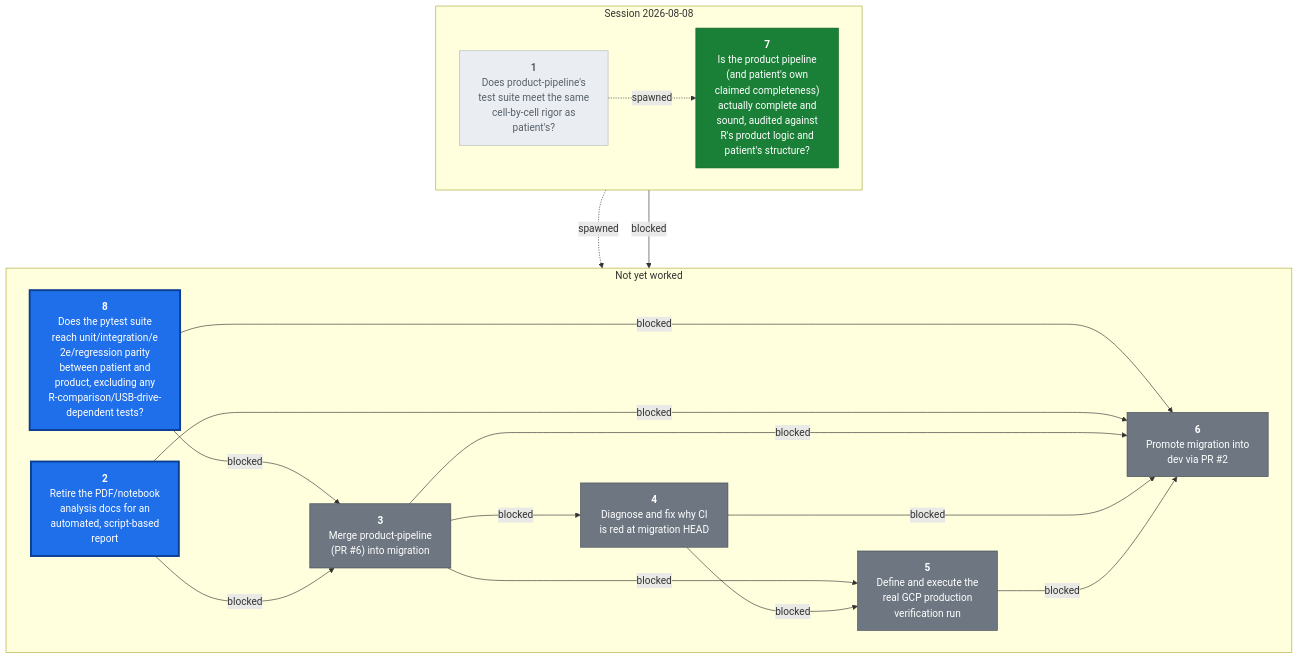
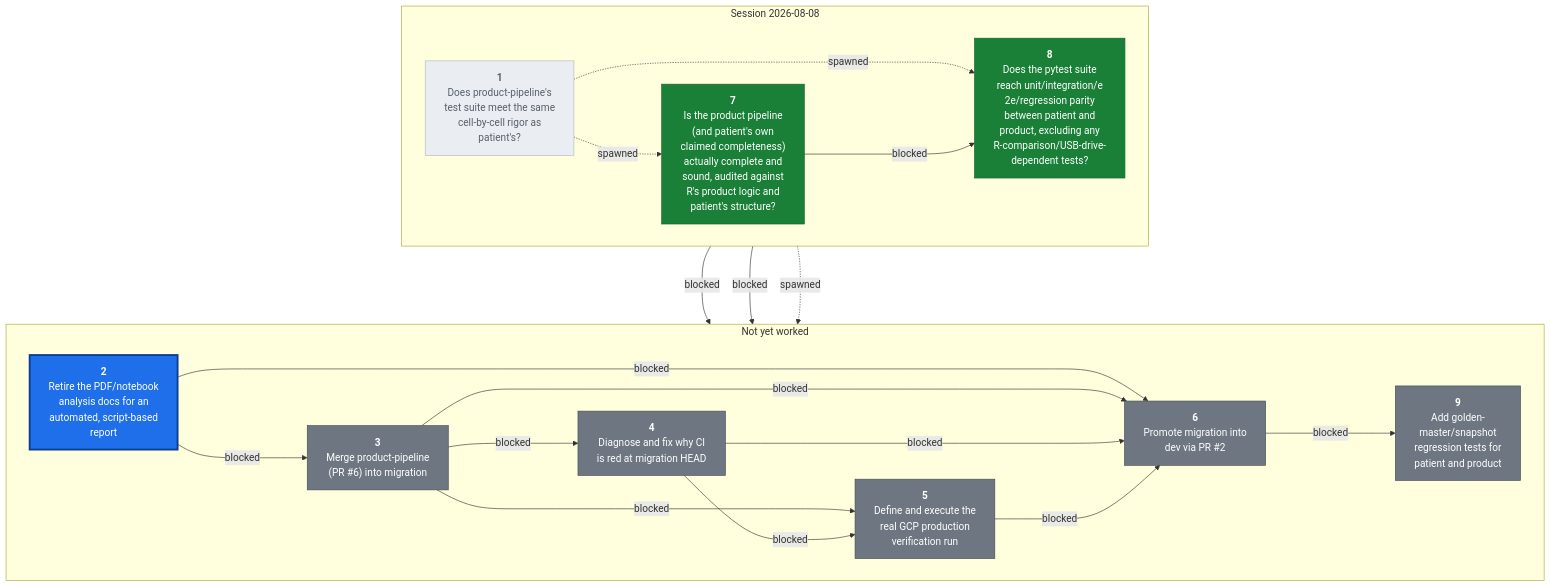
One commit to CorrelAid/a4d changed the second of 2 diagrams in docs/wayfinder/map.md. Above: the diagram before and after it, drawn with Mermaid. The commit also changed other lines of this file and 6 other files, not shown here.

First line of the commit message:
Close wayfinder ticket 8: pytest-suite parity decision

````diff
--- a/docs/wayfinder/map.md
+++ b/docs/wayfinder/map.md
@@ -213,42 +245,45 @@
 ```mermaid
 flowchart TB
   subgraph S2026_08_08["Session 2026-08-08"]
     direction LR
     U1["<b>1</b><br/>Does product-pipeline's<br/>test suite meet the same<br/>cell-by-cell rigor as<br/>patient's?"]
     U7["<b>7</b><br/>Is the product pipeline<br/>(and patient's own<br/>claimed completeness)<br/>actually complete and<br/>sound, audited against<br/>R's product logic and<br/>patient's structure?"]
+    U8["<b>8</b><br/>Does the pytest suite<br/>reach unit/integration/e<br/>2e/regression parity<br/>between patient and<br/>product, excluding any<br/>R-comparison/USB-drive-<br/>dependent tests?"]
   end
   subgraph Sopen["Not yet worked"]
     direction LR
     U2["<b>2</b><br/>Retire the PDF/notebook<br/>analysis docs for an<br/>automated, script-based<br/>report"]
     U3["<b>3</b><br/>Merge product-pipeline<br/>(PR #6) into migration"]
     U4["<b>4</b><br/>Diagnose and fix why CI<br/>is red at migration HEAD"]
     U5["<b>5</b><br/>Define and execute the<br/>real GCP production<br/>verification run"]
     U6["<b>6</b><br/>Promote migration into<br/>dev via PR #2"]
-    U8["<b>8</b><br/>Does the pytest suite<br/>reach unit/integration/e<br/>2e/regression parity<br/>between patient and<br/>product, excluding any<br/>R-comparison/USB-drive-<br/>dependent tests?"]
+    U9["<b>9</b><br/>Add golden-<br/>master/snapshot<br/>regression tests for<br/>patient and product"]
   end
 
   S2026_08_08 ~~~ Sopen
 
   U8 --->|blocked| U3
   U2 --->|blocked| U3
   U3 --->|blocked| U4
   U3 --->|blocked| U5
   U4 --->|blocked| U5
   U8 --->|blocked| U6
   U2 --->|blocked| U6
   U3 --->|blocked| U6
   U4 --->|blocked| U6
   U5 --->|blocked| U6
   U1 -.->|spawned| U7
   U1 -.->|spawned| U8
   U7 --->|blocked| U8
+  U8 -.->|spawned| U9
+  U6 --->|blocked| U9
 
   classDef tfrontier fill:#1f6feb,stroke:#0b3d91,stroke-width:3px,color:#ffffff
-  class U2,U8 tfrontier
+  class U2 tfrontier
   classDef tblocked fill:#6e7781,stroke:#424a53,stroke-width:1px,color:#ffffff
-  class U3,U4,U5,U6 tblocked
+  class U3,U4,U5,U6,U9 tblocked
   classDef tdecided fill:#1a7f37,stroke:#116329,stroke-width:1px,color:#ffffff
-  class U7 tdecided
+  class U7,U8 tdecided
   classDef tdropped fill:#eaeef2,stroke:#afb8c1,stroke-width:1px,color:#57606a
   class U1 tdropped
 ```
````
